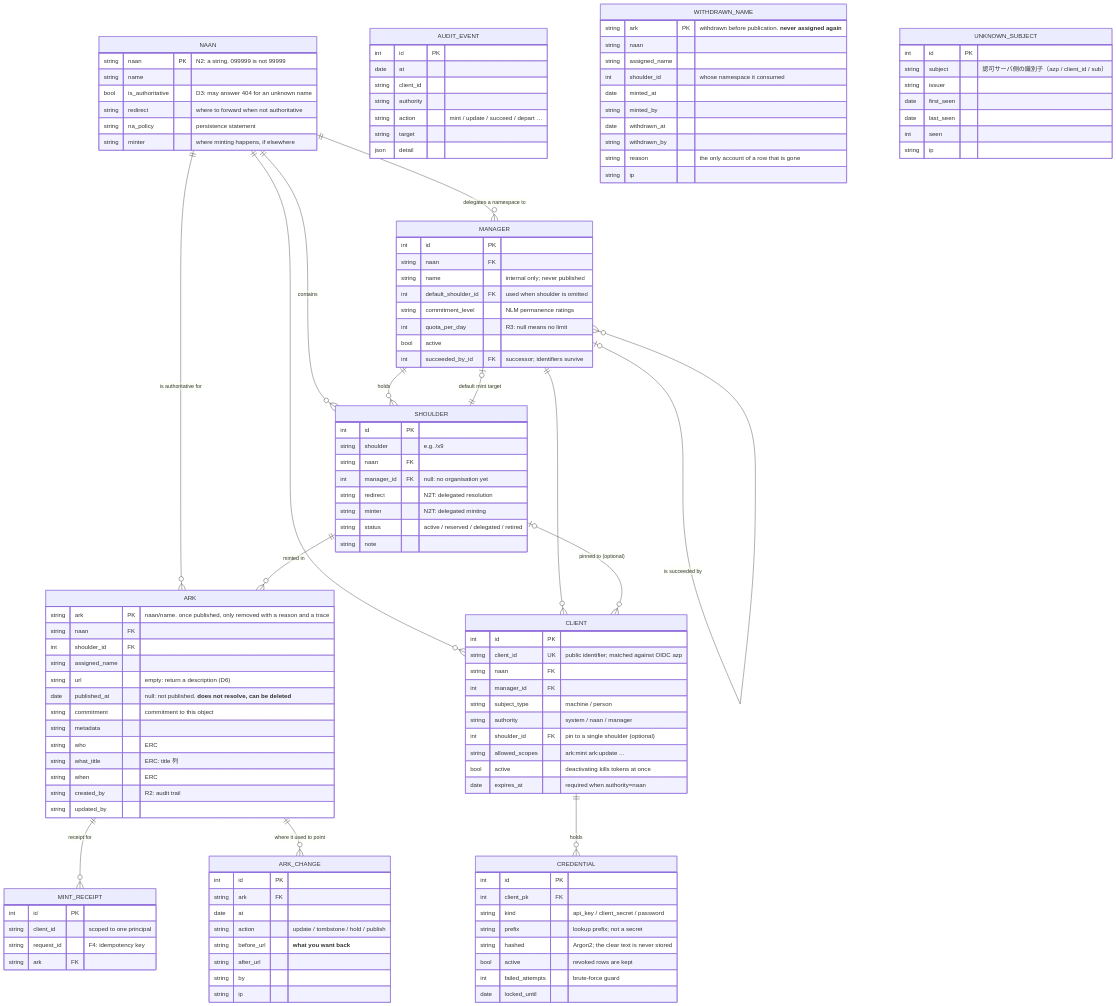
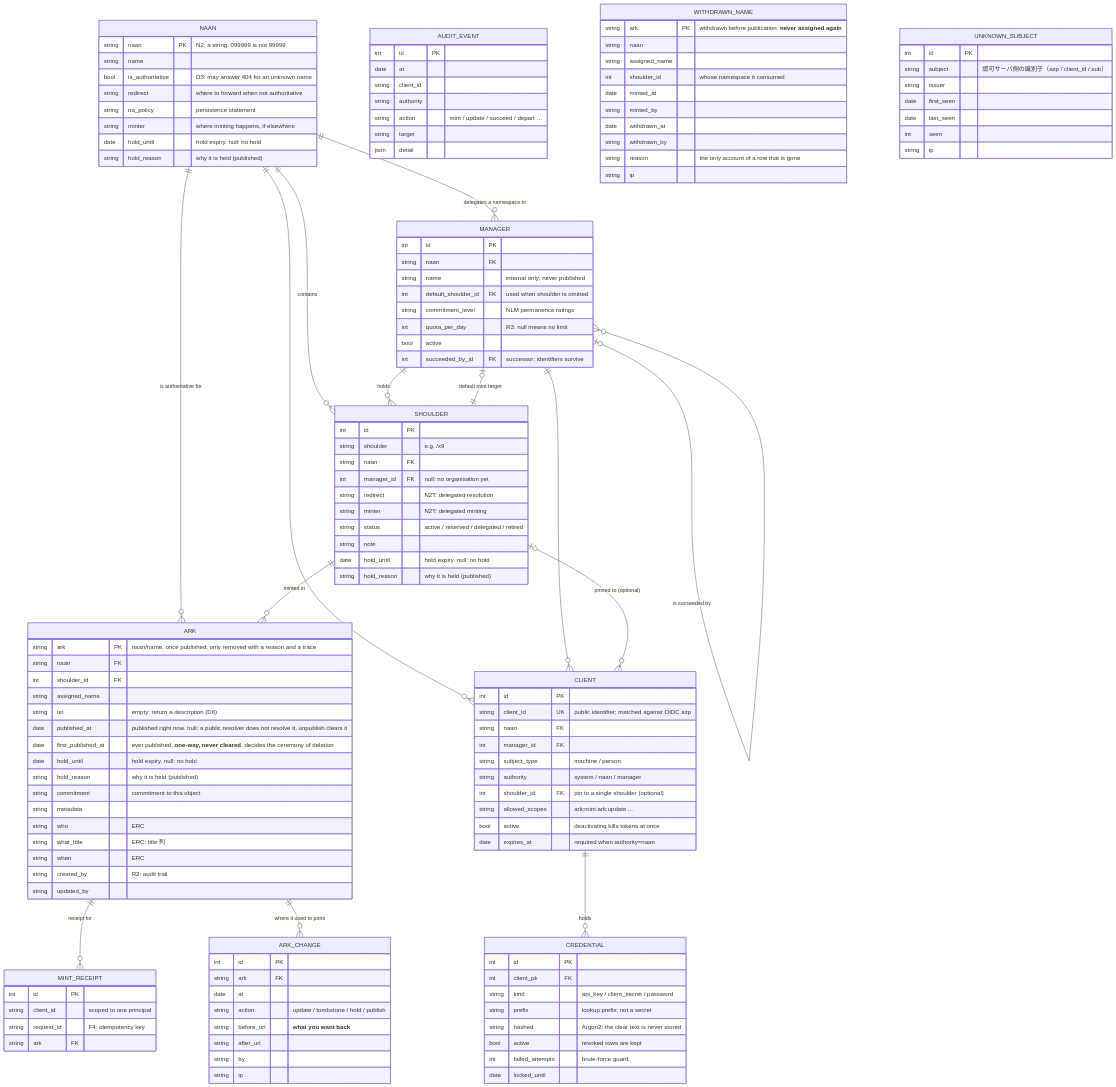
One commit to RCOSDP/arkhe changed the diagram in docs/reference/data-model.md. Above: the diagram before and after it, drawn with Mermaid. The commit also changed other lines of this file and 2 other files, not shown here.

Commit message:
docs: purge の範囲と、データモデル図の公開・保留の列を実装に揃える
STATUS の「公開前の削除」の節は、上の項目で「purge の『RA だけ』をやめた
(0.4.0)」と書きながら、最後の項目に 0.3.0 の「RA の運用者だけ (`ark:purge`
かつ `authority=system`)」を残していた。実装 (`domain/admin_ops.py` の
`purge_ark`) は 0.4.0 から届く範囲の内側で、docstring もそう書いている。

データモデル図は 0.4.0 で入った `first_published_at` と、0.0.9 で入った
保留の列 (`hold_until` / `hold_reason`) を描いていなかった。さらに
`published_at` の注記と制約の表が「null なら削除できる」のままで、公開を
取り下げただけの ARK も軽く消せるように読めた。軽く消せるのは
`first_published_at` が null のものだけである (`before_delete` が見るのも
そちら)。

どちらも 0.4.0 の破壊的変更が、手で書いた文書の一部に届いていなかった例。
arkhe_spec の設計文書を書き起こす途中で、本文を通して読んで見つけた。

```diff
--- a/docs/reference/data-model.md
+++ b/docs/reference/data-model.md
@@ -30,6 +30,8 @@
         string redirect "where to forward when not authoritative"
         string na_policy "persistence statement"
         string minter "where minting happens, if elsewhere"
+        date   hold_until "hold expiry. null: no hold"
+        string hold_reason "why it is held (published)"
     }
 
     MANAGER {
@@ -52,6 +54,8 @@
         string minter "N2T: delegated minting"
         string status "active / reserved / delegated / retired"
         string note
+        date   hold_until "hold expiry. null: no hold"
+        string hold_reason "why it is held (published)"
     }
 
     ARK {
@@ -60,7 +64,10 @@
         int    shoulder_id FK
         string assigned_name
         string url "empty: return a description (D6)"
-        date   published_at "null: not published. **does not resolve, can be deleted**"
+        date   published_at "published right now. null: a public resolver does not resolve it. unpublish clears it"
+        date   first_published_at "ever published. **one-way, never cleared**. decides the ceremony of deletion"
+        date   hold_until "hold expiry. null: no hold"
+        string hold_reason "why it is held (published)"
         string commitment "commitment to this object"
         string metadata
         string who "ERC"
```
